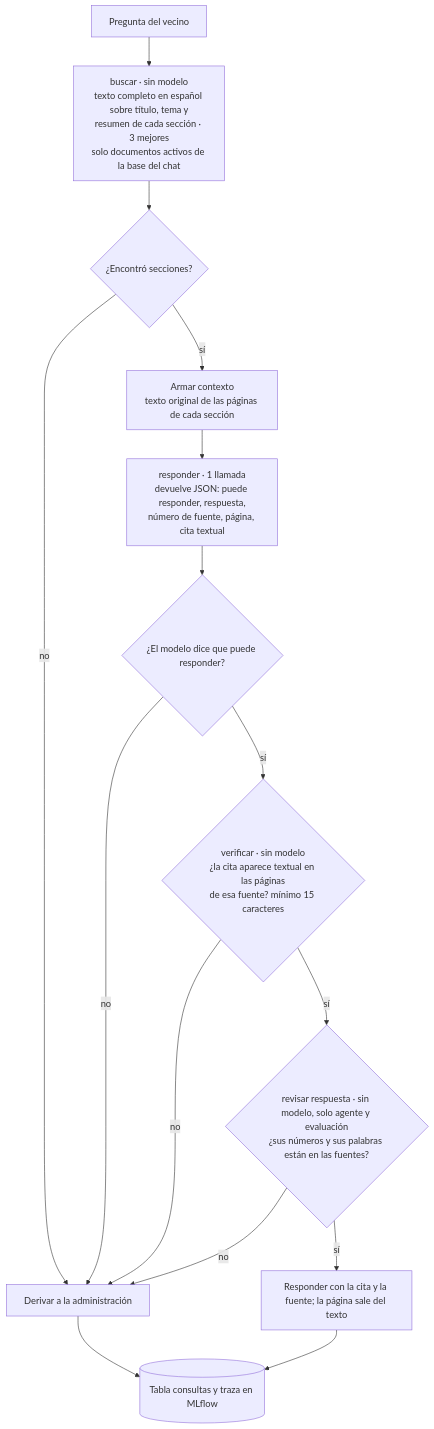
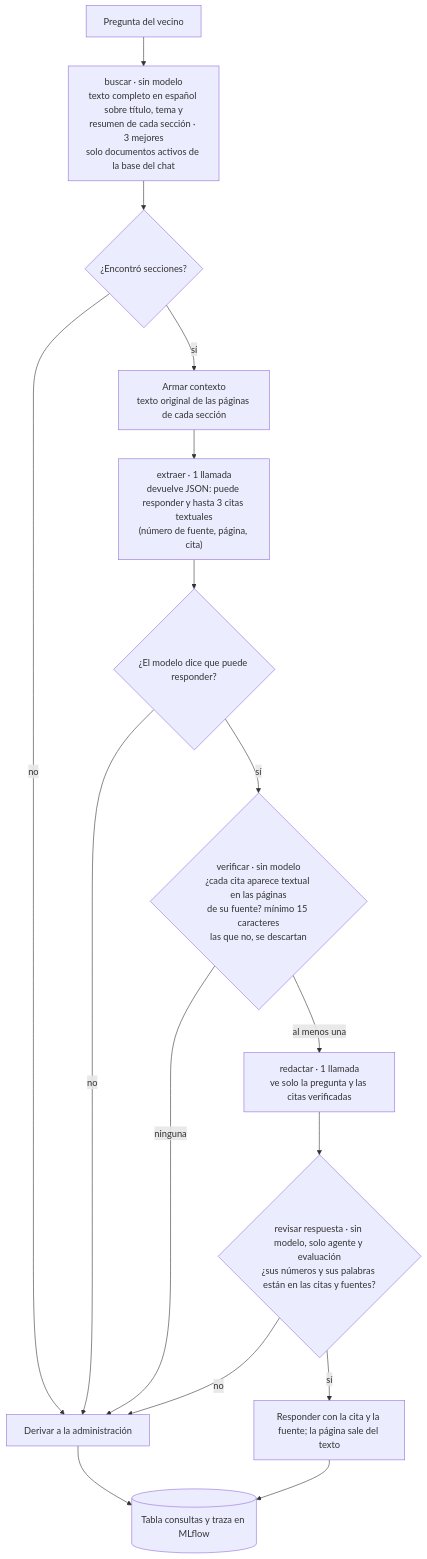
The fifth of 5 diagrams in docs/poc.md (lucaschicco/IAA), drawn with Mermaid before and after one commit. The commit also changed other lines of this file and 10 other files, not shown here.

First line of the commit message:
Consulta en dos pasos: extraer hasta 3 citas, verificarlas y redactar solo con ellas

````diff
--- a/docs/poc.md
+++ b/docs/poc.md
@@ -202,17 +202,18 @@
 ```mermaid
 flowchart TD
     Q["Pregunta del vecino"] --> B["buscar · sin modelo<br>texto completo en español sobre título, tema y<br>resumen de cada sección · 3 mejores<br>solo documentos activos de la base del chat"]
     B --> H{"¿Encontró secciones?"}
     H -- no --> D["Derivar a la administración"]
     H -- sí --> C["Armar contexto<br>texto original de las páginas de cada sección"]
-    C --> R["responder · 1 llamada<br>devuelve JSON: puede responder, respuesta,<br>número de fuente, página, cita textual"]
+    C --> R["extraer · 1 llamada<br>devuelve JSON: puede responder y hasta 3 citas textuales<br>(número de fuente, página, cita)"]
     R --> P{"¿El modelo dice que puede responder?"}
     P -- no --> D
-    P -- sí --> V{"verificar · sin modelo<br>¿la cita aparece textual en las páginas<br>de esa fuente? mínimo 15 caracteres"}
-    V -- no --> D
-    V -- sí --> T{"revisar respuesta · sin modelo, solo agente y evaluación<br>¿sus números y sus palabras están en las fuentes?"}
+    P -- sí --> V{"verificar · sin modelo<br>¿cada cita aparece textual en las páginas<br>de su fuente? mínimo 15 caracteres<br>las que no, se descartan"}
+    V -- ninguna --> D
+    V -- al menos una --> W["redactar · 1 llamada<br>ve solo la pregunta y las citas verificadas"]
+    W --> T{"revisar respuesta · sin modelo, solo agente y evaluación<br>¿sus números y sus palabras están en las citas y fuentes?"}
     T -- no --> D
     T -- sí --> OK["Responder con la cita y la fuente; la página sale del texto"]
     OK --> G[("Tabla consultas y traza en MLflow")]
     D --> G
 ```
````
